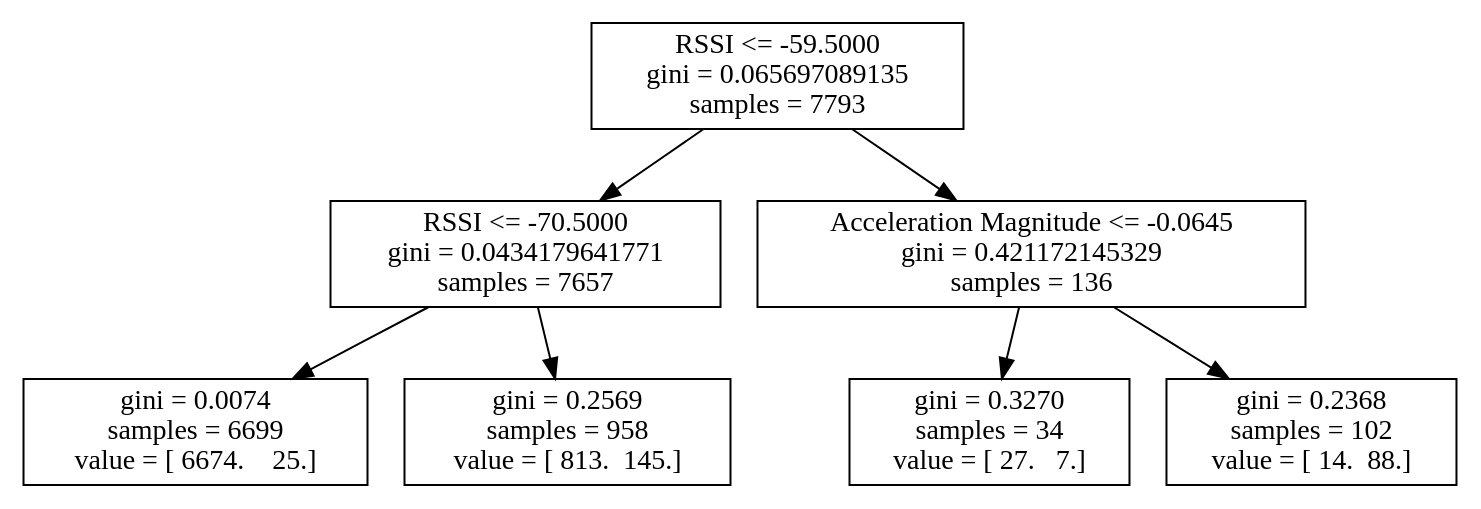
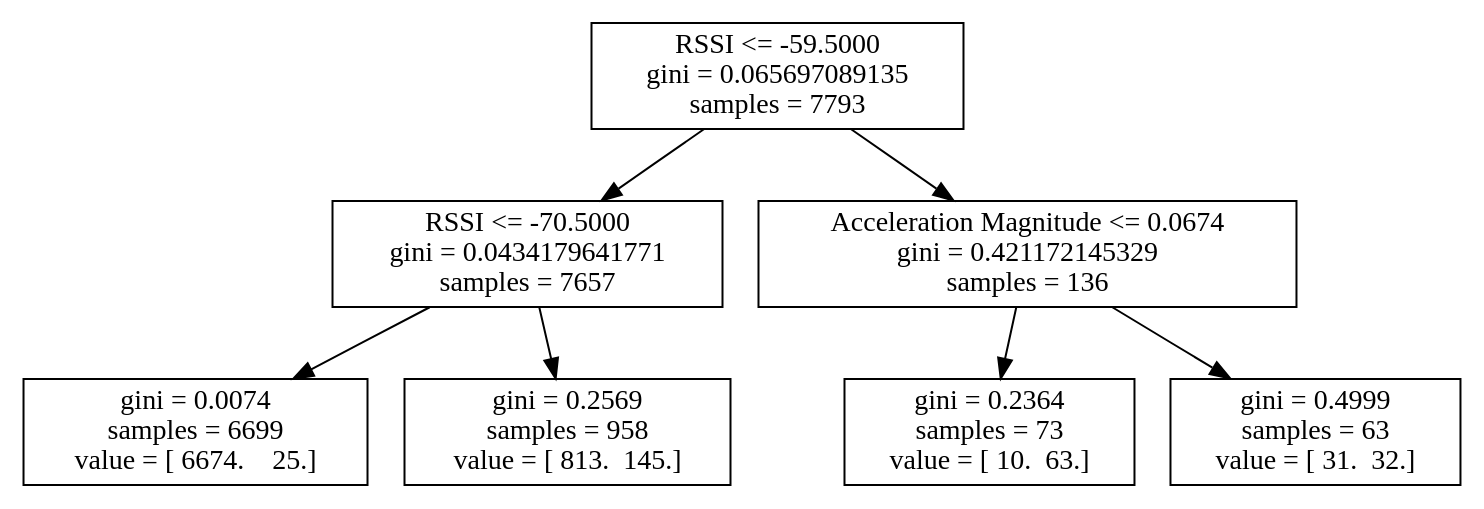
One commit to atitus5/6s062-Project changed the diagram in logs/4_19/log5.dot. Above: the diagram before and after it, drawn with Graphviz. The commit also changed 72 other files, not shown here.

```diff
--- a/logs/4_19/log5.dot
+++ b/logs/4_19/log5.dot
@@ -1,15 +1,15 @@
 digraph Tree {
 0 [label="RSSI <= -59.5000\ngini = 0.065697089135\nsamples = 7793", shape="box"] ;
 1 [label="RSSI <= -70.5000\ngini = 0.0434179641771\nsamples = 7657", shape="box"] ;
 0 -> 1 ;
 2 [label="gini = 0.0074\nsamples = 6699\nvalue = [ 6674.    25.]", shape="box"] ;
 1 -> 2 ;
 3 [label="gini = 0.2569\nsamples = 958\nvalue = [ 813.  145.]", shape="box"] ;
 1 -> 3 ;
-4 [label="Acceleration Magnitude <= -0.0645\ngini = 0.421172145329\nsamples = 136", shape="box"] ;
+4 [label="Acceleration Magnitude <= 0.0674\ngini = 0.421172145329\nsamples = 136", shape="box"] ;
 0 -> 4 ;
-5 [label="gini = 0.3270\nsamples = 34\nvalue = [ 27.   7.]", shape="box"] ;
+5 [label="gini = 0.2364\nsamples = 73\nvalue = [ 10.  63.]", shape="box"] ;
 4 -> 5 ;
-6 [label="gini = 0.2368\nsamples = 102\nvalue = [ 14.  88.]", shape="box"] ;
+6 [label="gini = 0.4999\nsamples = 63\nvalue = [ 31.  32.]", shape="box"] ;
 4 -> 6 ;
 }
```
